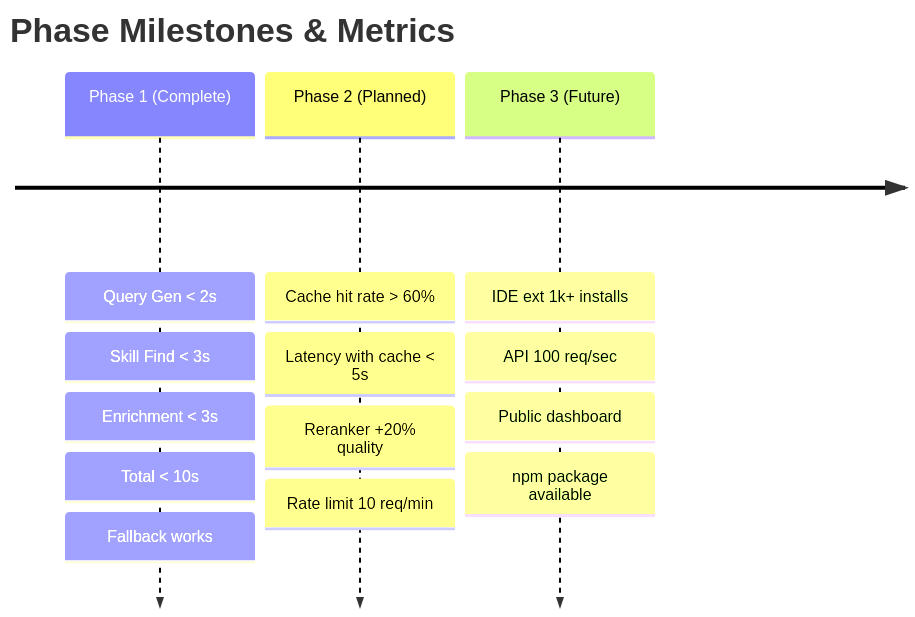
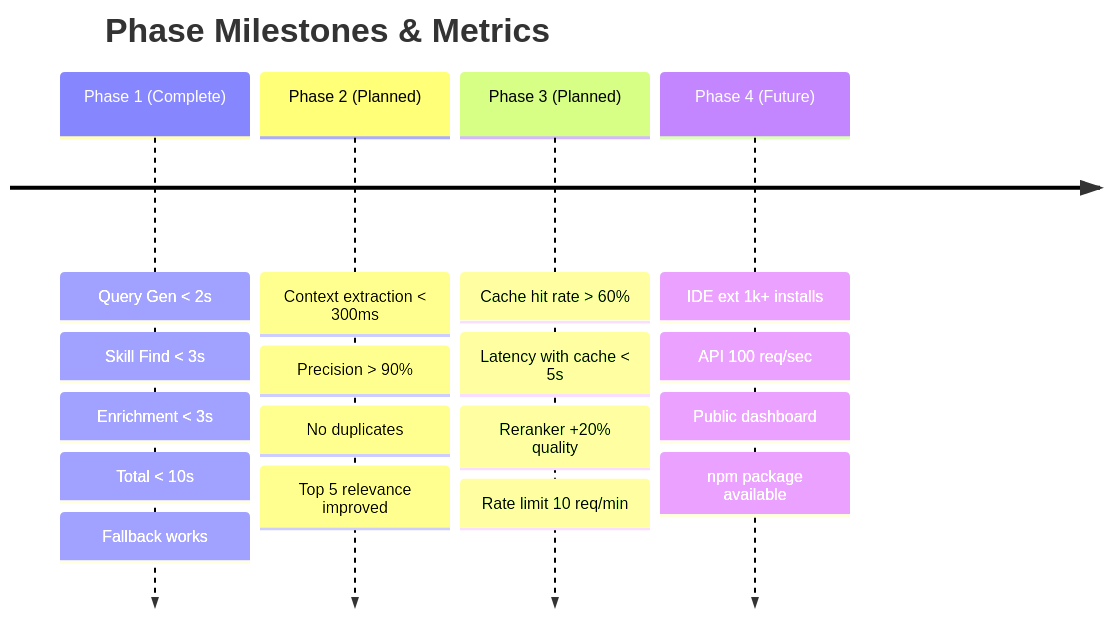
Diagram 16 of 17 in docs/plans/skill-recommendation/diagrams.md (remyjkim/darwinian-worker), drawn with Mermaid before and after one commit. The commit also changed other lines of this file and 1 other file, not shown here.

First line of the commit message:
docs: update Phase 2 with session logs, comprehensive diagrams

````diff
--- a/docs/plans/skill-recommendation/diagrams.md
+++ b/docs/plans/skill-recommendation/diagrams.md
@@ -466,10 +599,12 @@
 ```mermaid
 timeline
     title Phase Milestones & Metrics
     
     Phase 1 (Complete) : Query Gen < 2s : Skill Find < 3s : Enrichment < 3s : Total < 10s : Fallback works
     
-    Phase 2 (Planned) : Cache hit rate > 60% : Latency with cache < 5s : Reranker +20% quality : Rate limit 10 req/min
+    Phase 2 (Planned) : Context extraction < 300ms : Precision > 90% : No duplicates : Top 5 relevance improved
     
-    Phase 3 (Future) : IDE ext 1k+ installs : API 100 req/sec : Public dashboard : npm package available
+    Phase 3 (Planned) : Cache hit rate > 60% : Latency with cache < 5s : Reranker +20% quality : Rate limit 10 req/min
+    
+    Phase 4 (Future) : IDE ext 1k+ installs : API 100 req/sec : Public dashboard : npm package available
 ```
````
